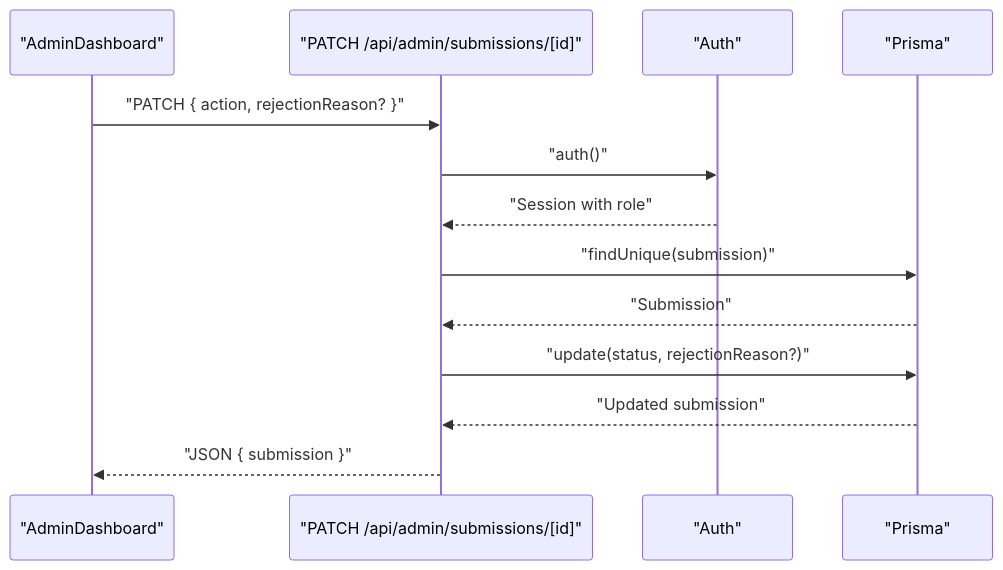
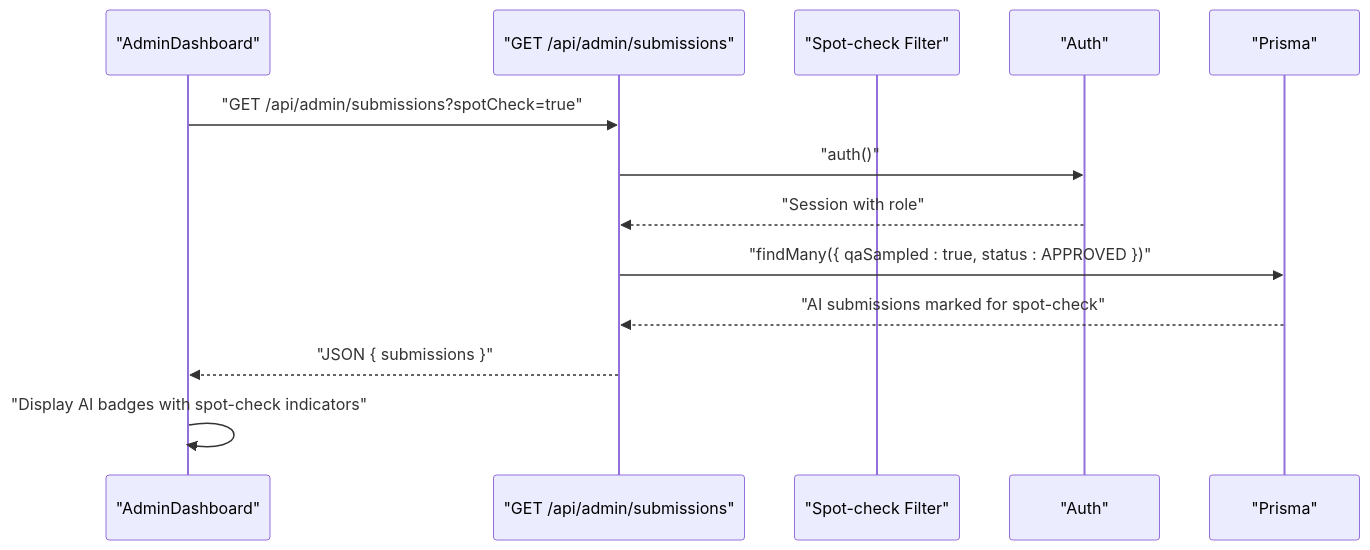
Before and after one commit to Crowdspender/titchybooks-app: the seventh of 9 diagrams in .qoder/repowiki/en/content/Administrative Features/Administrative Features.md, drawn with Mermaid. The commit also changed other lines of this file and 4 other files, not shown here.

First line of the commit message:
docs(repowiki): add AI Book Generation System page and refresh API/admin/database docs

````diff
--- a/.qoder/repowiki/en/content/Administrative Features/Administrative Features.md
+++ b/.qoder/repowiki/en/content/Administrative Features/Administrative Features.md
@@ -438,15 +441,15 @@
 ```mermaid
 sequenceDiagram
 participant Admin as "AdminDashboard"
-participant API as "PATCH /api/admin/submissions/[id]"
+participant API as "GET /api/admin/submissions"
+participant SpotCheck as "Spot-check Filter"
 participant Auth as "Auth"
 participant DB as "Prisma"
-Admin->>API : "PATCH { action, rejectionReason? }"
+Admin->>API : "GET /api/admin/submissions?spotCheck=true"
 API->>Auth : "auth()"
 Auth-->>API : "Session with role"
-API->>DB : "findUnique(submission)"
-DB-->>API : "Submission"
-API->>DB : "update(status, rejectionReason?)"
-DB-->>API : "Updated submission"
-API-->>Admin : "JSON { submission }"
+API->>DB : "findMany({ qaSampled : true, status : APPROVED })"
+DB-->>API : "AI submissions marked for spot-check"
+API-->>Admin : "JSON { submissions }"
+Admin->>Admin : "Display AI badges with spot-check indicators"
 ```
````
